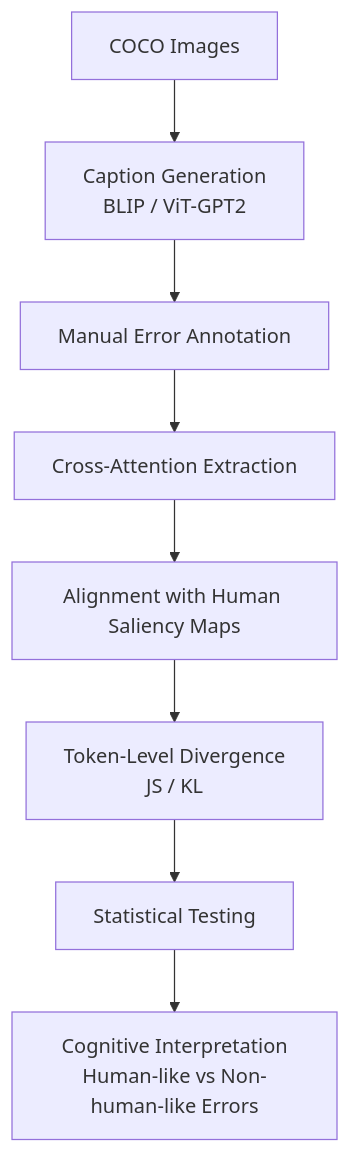
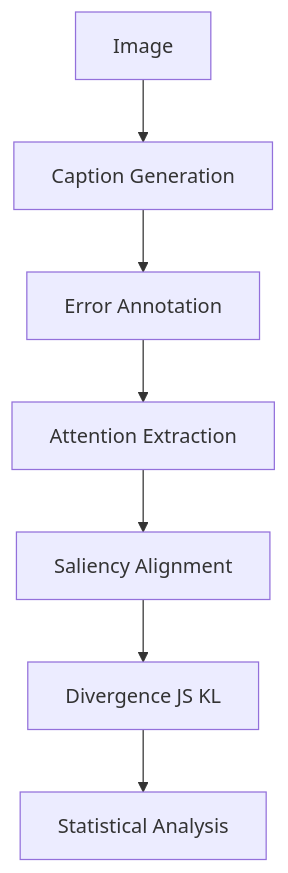
The diagram in README.md (yaya-99/Do-Image-Captioning-Models-Fail-Like-Humans-), drawn with Mermaid before and after one commit. The commit also changed other lines of this file, not shown here.

````diff
--- a/README.md
+++ b/README.md
@@ -98,17 +50,9 @@
 ```mermaid
 graph TD
-
-A[COCO Images] --> B[Caption Generation<br>BLIP / ViT-GPT2]
-
-B --> C[Manual Error Annotation]
-
-C --> D[Cross-Attention Extraction]
-
-D --> E[Alignment with Human Saliency Maps]
-
-E --> F[Token-Level Divergence<br>JS / KL]
-
-F --> G[Statistical Testing]
-
-G --> H[Cognitive Interpretation<br>Human-like vs Non-human-like Errors]
+A[Image] --> B[Caption Generation]
+B --> C[Error Annotation]
+C --> D[Attention Extraction]
+D --> E[Saliency Alignment]
+E --> F[Divergence JS  KL]
+F --> G[Statistical Analysis]
 ```
````
